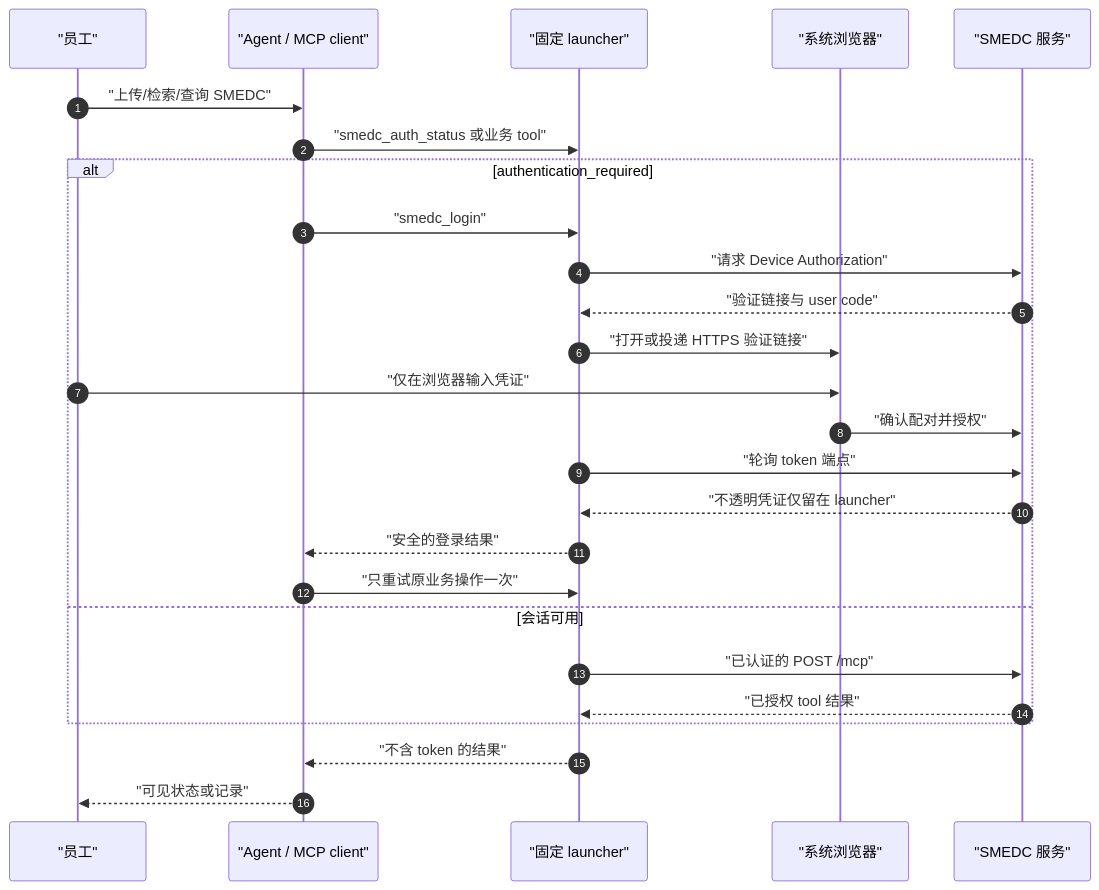
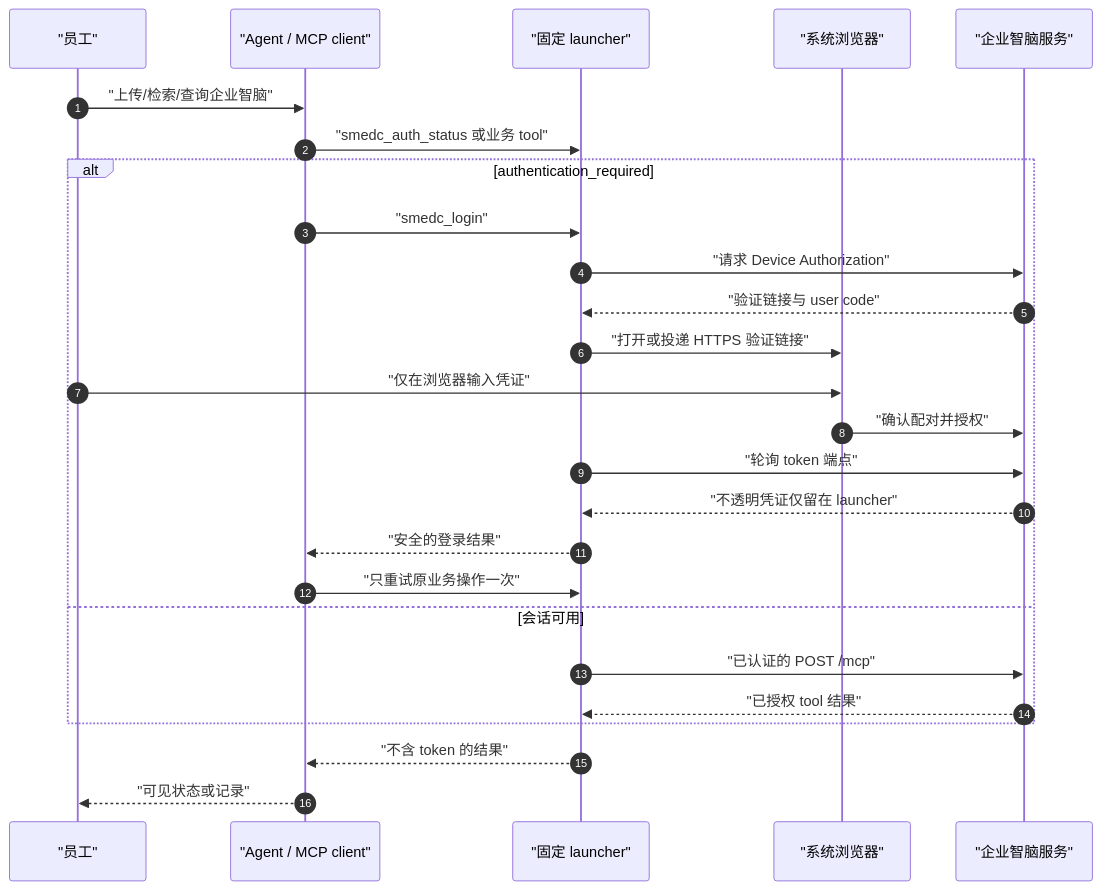
One commit to YinXiaoyu-1998/SME_DATA_CENTER changed the second of 2 diagrams in docs/implementation/mcp-user-flow.zh.md. Above: the diagram before and after it, drawn with Mermaid. The commit also changed other lines of this file and 8 other files, not shown here.

````diff
--- a/docs/implementation/mcp-user-flow.zh.md
+++ b/docs/implementation/mcp-user-flow.zh.md
@@ -57,29 +57,29 @@
 ```mermaid
 sequenceDiagram
   autonumber
   participant E as "员工"
   participant A as "Agent / MCP client"
   participant L as "固定 launcher"
   participant B as "系统浏览器"
-  participant S as "SMEDC 服务"
+  participant S as "企业智脑服务"
 
-  E->>A: "上传/检索/查询 SMEDC"
+  E->>A: "上传/检索/查询企业智脑"
   A->>L: "smedc_auth_status 或业务 tool"
   alt authentication_required
     A->>L: "smedc_login"
     L->>S: "请求 Device Authorization"
     S-->>L: "验证链接与 user code"
     L->>B: "打开或投递 HTTPS 验证链接"
     E->>B: "仅在浏览器输入凭证"
     B->>S: "确认配对并授权"
     L->>S: "轮询 token 端点"
     S-->>L: "不透明凭证仅留在 launcher"
     L-->>A: "安全的登录结果"
     A->>L: "只重试原业务操作一次"
   else 会话可用
     L->>S: "已认证的 POST /mcp"
     S-->>L: "已授权 tool 结果"
   end
   L-->>A: "不含 token 的结果"
   A-->>E: "可见状态或记录"
 ```
````
